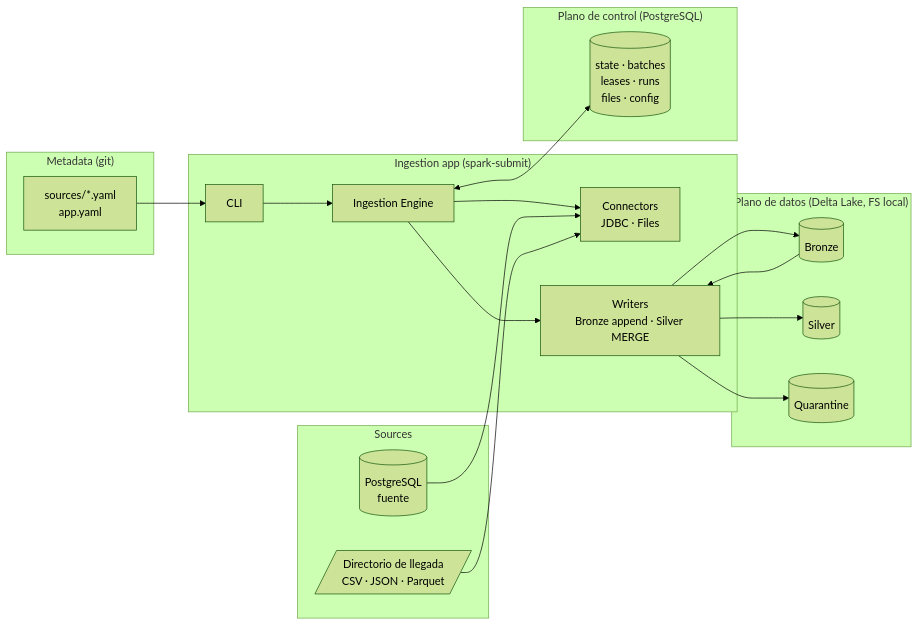
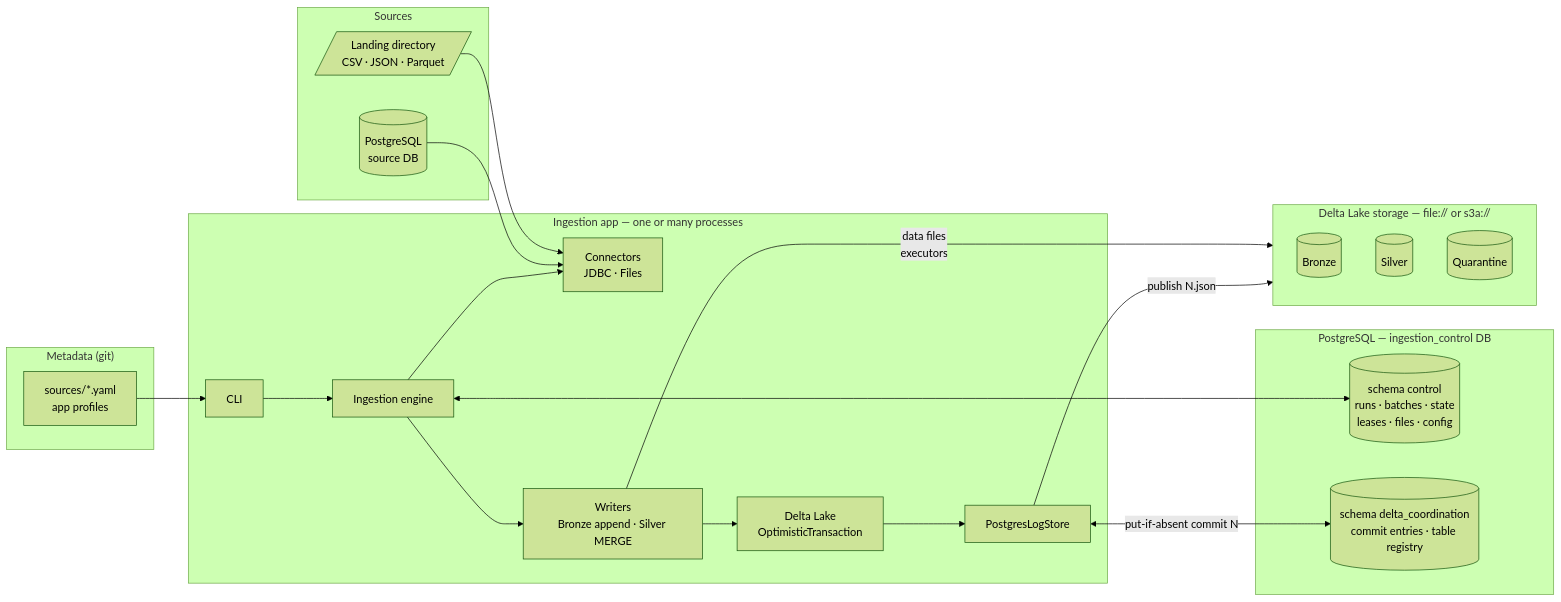
The diagram in docs/architecture/00-architecture-discovery.md (MiguelOrtegaMilla/lakehouse-ingestion-framework), drawn with Mermaid (forest theme) before and after one commit. The commit also changed other lines of this file and 14 other files, not shown here.

````diff
--- a/docs/architecture/00-architecture-discovery.md
+++ b/docs/architecture/00-architecture-discovery.md
@@ -151,35 +175,38 @@
 ```mermaid
 flowchart LR
   subgraph Sources
-    PG[(PostgreSQL<br/>fuente)]
-    FS[/Directorio de llegada<br/>CSV · JSON · Parquet/]
+    PG[(PostgreSQL<br/>source DB)]
+    FS[/Landing directory<br/>CSV · JSON · Parquet/]
   end
 
   subgraph Config["Metadata (git)"]
-    Y[sources/*.yaml<br/>app.yaml]
+    Y[sources/*.yaml<br/>app profiles]
   end
 
-  subgraph App["Ingestion app (spark-submit)"]
-    CLI[CLI] --> ENG[Ingestion Engine]
+  subgraph App["Ingestion app — one or many processes"]
+    CLI[CLI] --> ENG[Ingestion engine]
     ENG --> CON[Connectors<br/>JDBC · Files]
     ENG --> WR[Writers<br/>Bronze append · Silver MERGE]
+    WR --> DL[Delta Lake<br/>OptimisticTransaction]
+    DL --> LS[PostgresLogStore]
   end
 
-  subgraph Control["Plano de control (PostgreSQL)"]
-    ST[(state · batches<br/>leases · runs<br/>files · config)]
+  subgraph Control["PostgreSQL — ingestion_control DB"]
+    CP[(schema control<br/>runs · batches · state<br/>leases · files · config)]
+    CO[(schema delta_coordination<br/>commit entries · table registry)]
   end
 
-  subgraph Lake["Plano de datos (Delta Lake, FS local)"]
+  subgraph Lake["Delta Lake storage — file:// or s3a://"]
     B[(Bronze)]
     S[(Silver)]
     Q[(Quarantine)]
   end
 
   Y --> CLI
   PG --> CON
   FS --> CON
-  WR --> B --> WR
-  WR --> S
-  WR --> Q
-  ENG <--> ST
+  ENG <--> CP
+  LS <-->|put-if-absent commit N| CO
+  LS -->|publish N.json| Lake
+  WR -->|data files<br/>executors| Lake
 ```
````
